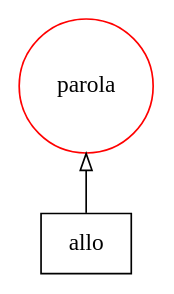
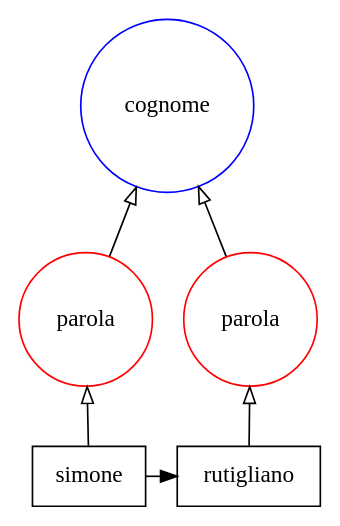
One commit to Simoruty/AI-course-project changed the diagram in var/spiegazioni/tag3.dot. Above: the diagram before and after it, drawn with Graphviz. The commit also changed 283 other files, not shown here.

```diff
--- a/var/spiegazioni/tag3.dot
+++ b/var/spiegazioni/tag3.dot
@@ -1,33 +1,40 @@
 digraph {
    rankdir=BT;
    edge [arrowhead=empty];
 
    subgraph {
       rank="source";
       edge [arrowhead=normal];
       node [shape=box];
-      t4 [label="allo"];
+      t1 [label="simone"];
+      t2 [label="rutigliano"];
+      t1 -> t2;
    }
 
    subgraph {
       rank="same";
       node [color=red,shape=circle];
-      tag3 [label=parola]; 
+      tag0 [label=parola]; 
+      tag1 [label=parola]; 
    }
 
    subgraph {
       rank="same";
       node [color=blue,shape=circle];
+      tag3 [label=cognome]; 
    }
 
    subgraph {
       rank="same";
       node [color=green,shape=circle];
    }
 
    subgraph {
       rank="same";
       node [color=orange,shape=circle];
    }
-   t4 -> tag3;
+   tag0 -> tag3;
+   tag1 -> tag3;
+   t1 -> tag0;
+   t2 -> tag1;
 }
```
